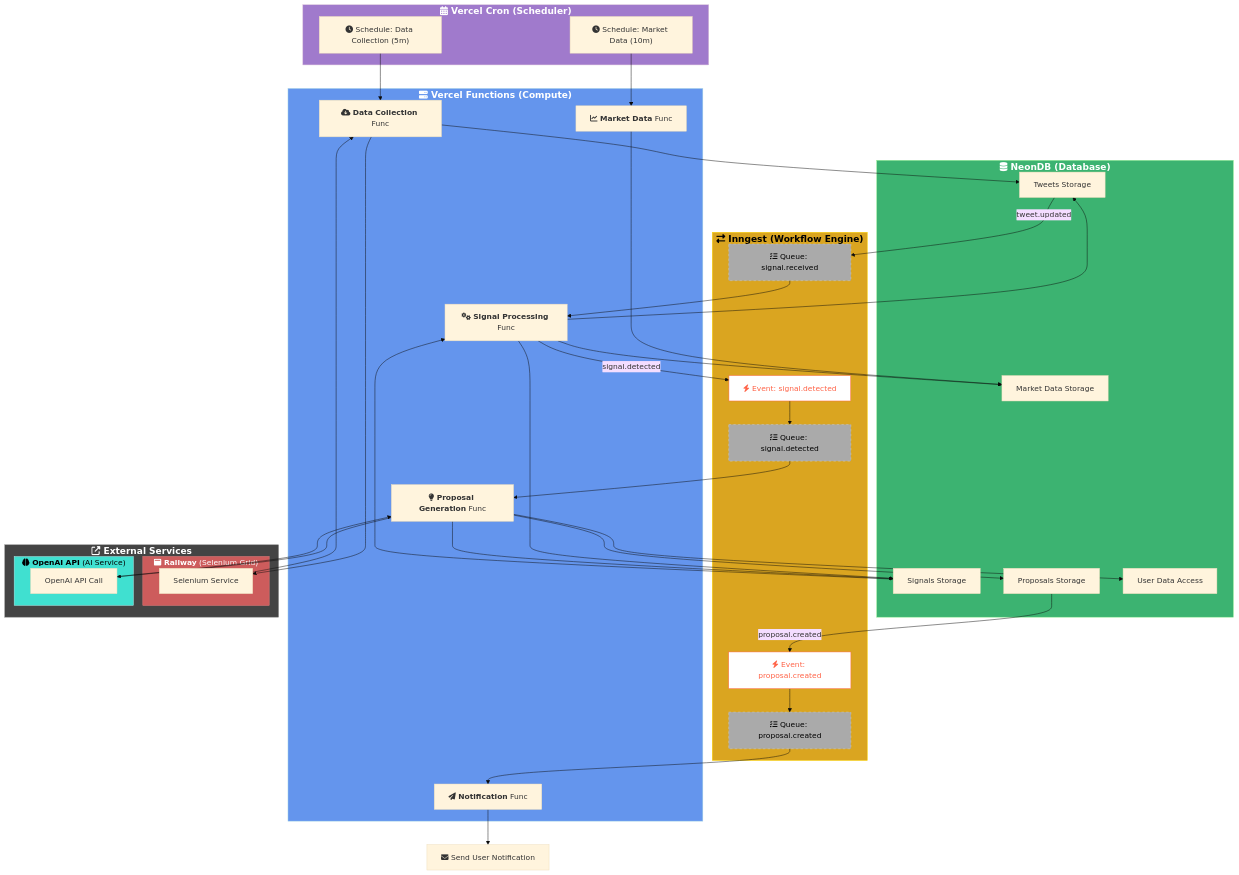
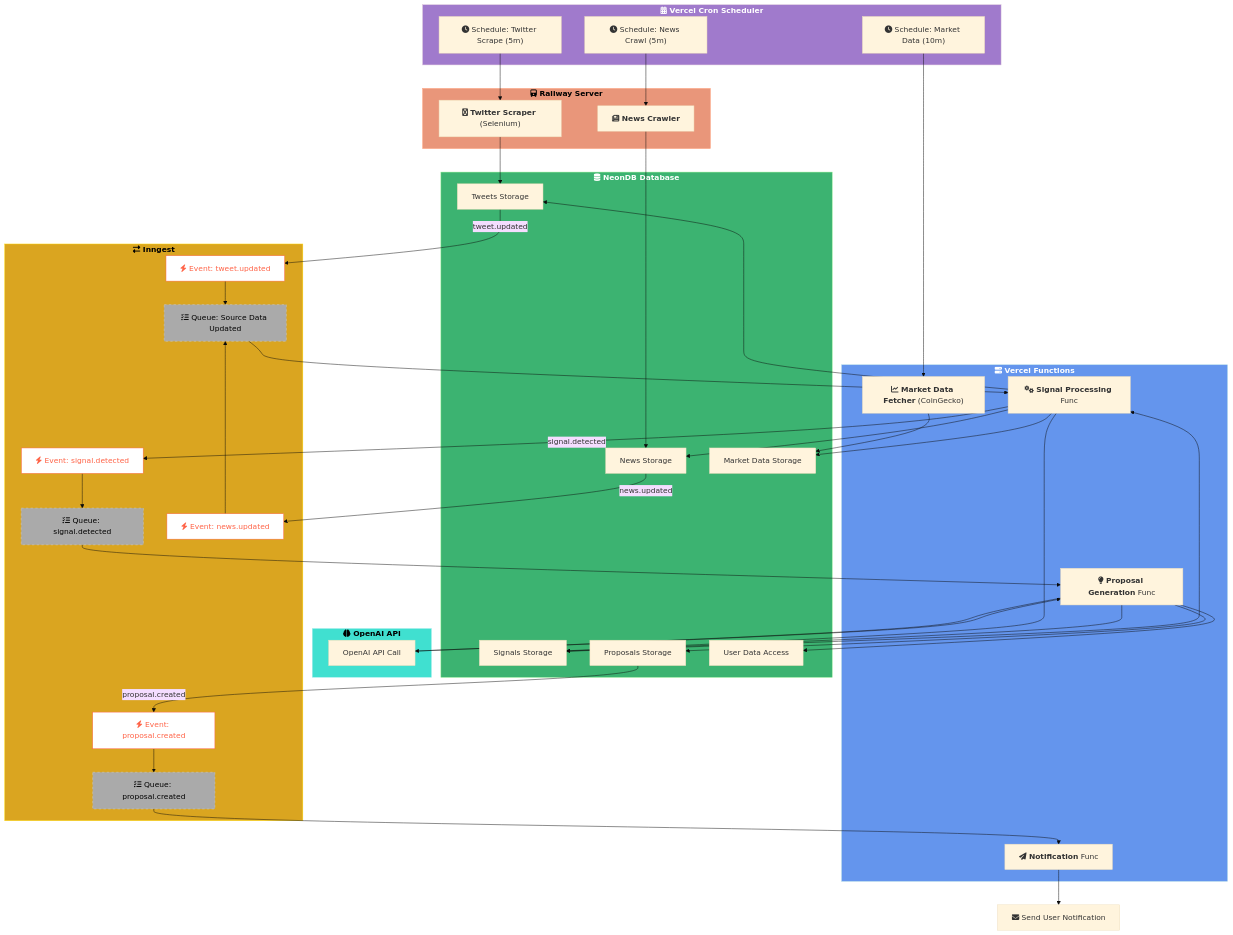
One commit to DaikoAI/daiko-ai-mvp-monorepo changed the diagram in docs/specs/batch-flow.md. Above: the diagram before and after it, drawn with Mermaid (base theme). The commit also changed other lines of this file and 7 other files, not shown here.

````diff
--- a/docs/specs/batch-flow.md
+++ b/docs/specs/batch-flow.md
@@ -5,62 +5,70 @@
 ```mermaid
 graph TD
     %% --- Runtimes Definition ---
-    subgraph VercelCron ["<strong><big>fa:fa-calendar-alt Vercel Cron (Scheduler)</big></strong>"]
-        A_Cron["fa:fa-clock Schedule: Data Collection (5m)"]
-        Z_Cron["fa:fa-clock Schedule: Market Data (10m)"]
+    subgraph VercelCron ["<strong>fa:fa-calendar-alt Vercel Cron Scheduler</strong>"]
+        Cron_TwitterScrape["fa:fa-clock Schedule: Twitter Scrape (5m)"]
+        Cron_NewsCrawl["fa:fa-clock Schedule: News Crawl (5m)"]
+        Cron_MarketData["fa:fa-clock Schedule: Market Data (10m)"]
     end
 
-    subgraph VercelFunctions ["<strong><big>fa:fa-server Vercel Functions (Compute)</big></strong>"]
-        B_DataCollectionFunc["fa:fa-cloud-download-alt <strong>Data Collection</strong> Func"]
-        Y_MarketDataFunc["fa:fa-chart-line <strong>Market Data</strong> Func"]
+    subgraph VercelFunctions ["<strong>fa:fa-server Vercel Functions</strong>"]
+        Y_MarketDataFunc["fa:fa-chart-line <strong>Market Data Fetcher</strong> (CoinGecko)"]
         H_SignalProcessingFunc["fa:fa-cogs <strong>Signal Processing</strong> Func"]
         Q_ProposalGenerationFunc["fa:fa-lightbulb <strong>Proposal Generation</strong> Func"]
         X1_NotificationFunc["fa:fa-paper-plane <strong>Notification</strong> Func"]
     end
 
-    subgraph Inngest ["<strong><big>fa:fa-exchange-alt Inngest (Workflow Engine)</big></strong>"]
-        ING_SignalQueue["fa:fa-tasks Queue: signal.received"]
-        ING_ProposalQueue["fa:fa-tasks Queue: signal.detected"]
-        ING_NotifyQueue["fa:fa-tasks Queue: proposal.created"]
-        ING_SignalEvent["fa:fa-bolt Event: signal.detected"]
-        ING_ProposalEvent["fa:fa-bolt Event: proposal.created"]
+    subgraph Railway ["<strong>fa:fa-train Railway Server</strong>"]
+        Service_TwitterScraper["fa:fa-twitter <strong>Twitter Scraper</strong> (Selenium)"]
+        Service_NewsCrawler["fa:fa-newspaper <strong>News Crawler</strong>"]
     end
 
-    subgraph NeonDB ["<strong><big>fa:fa-database NeonDB (Database)</big></strong>"]
+    subgraph OpenAI ["<strong>fa:fa-brain OpenAI API</strong>"]
+        S_OpenAICall["OpenAI API Call"]
+    end
+
+    subgraph NeonDB ["<strong>fa:fa-database NeonDB Database</strong>"]
         DB_Tweets["Tweets Storage"]
+        DB_News["News Storage"]
         DB_MarketData["Market Data Storage"]
         DB_Signals["Signals Storage"]
         DB_Proposals["Proposals Storage"]
         DB_UserData["User Data Access"]
     end
 
-    subgraph ExternalServices ["<strong><big>fa:fa-external-link-alt External Services</big></strong>"]
-        subgraph Railway ["<strong>fa:fa-window-maximize Railway</strong> (Selenium Grid)"]
-            C_Selenium["Selenium Service"]
-        end
-        subgraph OpenAI ["<strong>fa:fa-brain OpenAI API</strong> (AI Service)"]
-            S_OpenAICall["OpenAI API Call"]
-        end
+    subgraph Inngest ["<strong>fa:fa-exchange-alt Inngest</strong>"]
+        ING_SignalDataQueue["fa:fa-tasks Queue: Source Data Updated"]
+        ING_ProposalQueue["fa:fa-tasks Queue: signal.detected"]
+        ING_NotifyQueue["fa:fa-tasks Queue: proposal.created"]
+        ING_TweetEvent["fa:fa-bolt Event: tweet.updated"]
+        ING_NewsEvent["fa:fa-bolt Event: news.updated"]
+        ING_SignalEvent["fa:fa-bolt Event: signal.detected"]
+        ING_ProposalEvent["fa:fa-bolt Event: proposal.created"]
     end
 
     %% --- Flows ---
 
-    %% Data Collection Flow
-    A_Cron --> B_DataCollectionFunc
-    B_DataCollectionFunc --> C_Selenium
-    C_Selenium --> B_DataCollectionFunc
-    %% Assuming func coordinates scraping
-    B_DataCollectionFunc --> DB_Tweets
-    DB_Tweets -- "tweet.updated" --> ING_SignalQueue
+    %% Twitter Scraping Flow
+    Cron_TwitterScrape --> Service_TwitterScraper
+    Service_TwitterScraper --> DB_Tweets
+    DB_Tweets --"tweet.updated"--> ING_TweetEvent
+    ING_TweetEvent --> ING_SignalDataQueue
+
+    %% News Crawling Flow
+    Cron_NewsCrawl --> Service_NewsCrawler
+    Service_NewsCrawler --> DB_News
+    DB_News --"news.updated"--> ING_NewsEvent
+    ING_NewsEvent --> ING_SignalDataQueue
 
     %% Market Data Update Flow
-    Z_Cron --> Y_MarketDataFunc
+    Cron_MarketData --> Y_MarketDataFunc
     Y_MarketDataFunc --> DB_MarketData
 
     %% Signal Detection Flow
-    ING_SignalQueue --> H_SignalProcessingFunc
+    ING_SignalDataQueue --> H_SignalProcessingFunc
     H_SignalProcessingFunc --> DB_MarketData
     H_SignalProcessingFunc --> DB_Tweets
+    H_SignalProcessingFunc --> DB_News
     H_SignalProcessingFunc --> DB_Signals
     DB_Signals --> H_SignalProcessingFunc
     H_SignalProcessingFunc -- "signal.detected" --> ING_SignalEvent
@@ -83,21 +91,19 @@
     %% --- Styling (Dark Mode Friendly) ---
     classDef VercelCron fill:#A07ACC,stroke:#D8BFD8,color:#fff;
     classDef VercelFunctions fill:#6495ED,stroke:#ADD8E6,color:#fff;
+    classDef Railway fill:#E9967A,stroke:#FFA07A,color:#000;
+    classDef OpenAI fill:#40E0D0,stroke:#AFEEEE,color:#000;
+    classDef NeonDB fill:#3CB371,stroke:#90EE90,color:#fff;
     classDef Inngest fill:#DAA520,stroke:#FFD700,color:#000;
-    classDef NeonDB fill:#3CB371,stroke:#90EE90,color:#fff;
-    classDef ExternalServices fill:#444,stroke:#888,color:#fff;
-    classDef Railway fill:#CD5C5C,stroke:#F08080,color:#fff;
-    classDef OpenAI fill:#40E0D0,stroke:#AFEEEE,color:#000;
     classDef Queue fill:#aaa,stroke:#ccc,color:#000,stroke-dasharray: 5 5;
     classDef Event fill:#fff,stroke:#FF6347,color:#FF6347;
 
     class VercelCron VercelCron;
     class VercelFunctions VercelFunctions;
-    class Inngest Inngest;
-    class NeonDB NeonDB;
-    class ExternalServices ExternalServices;
     class Railway Railway;
     class OpenAI OpenAI;
-    class ING_SignalQueue,ING_ProposalQueue,ING_NotifyQueue Queue;
-    class ING_SignalEvent,ING_ProposalEvent Event;
+    class NeonDB NeonDB;
+    class Inngest Inngest;
+    class ING_SignalDataQueue,ING_ProposalQueue,ING_NotifyQueue Queue;
+    class ING_TweetEvent,ING_NewsEvent,ING_SignalEvent,ING_ProposalEvent Event;
 ```
````
